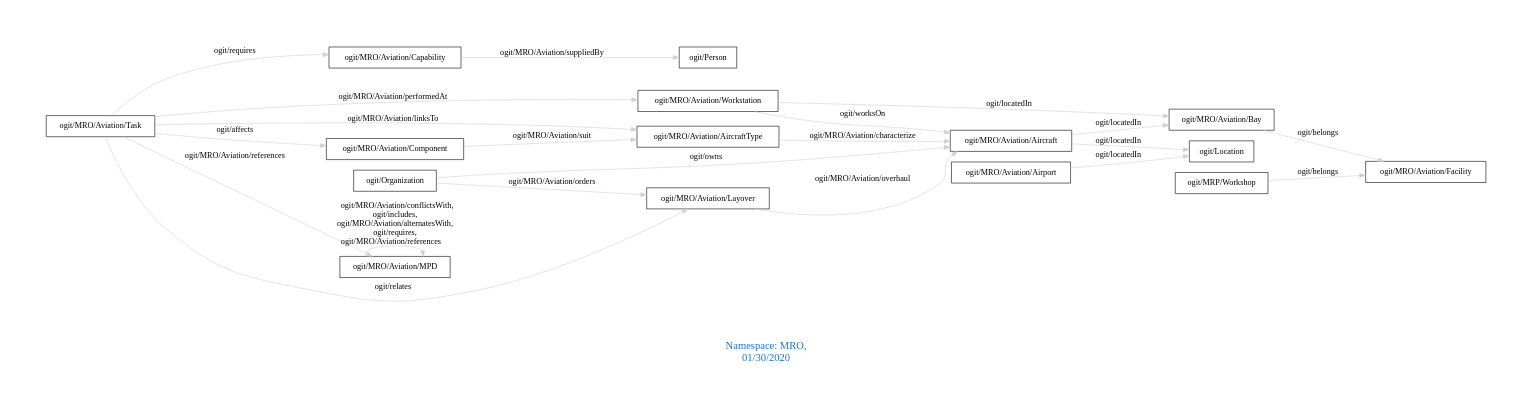
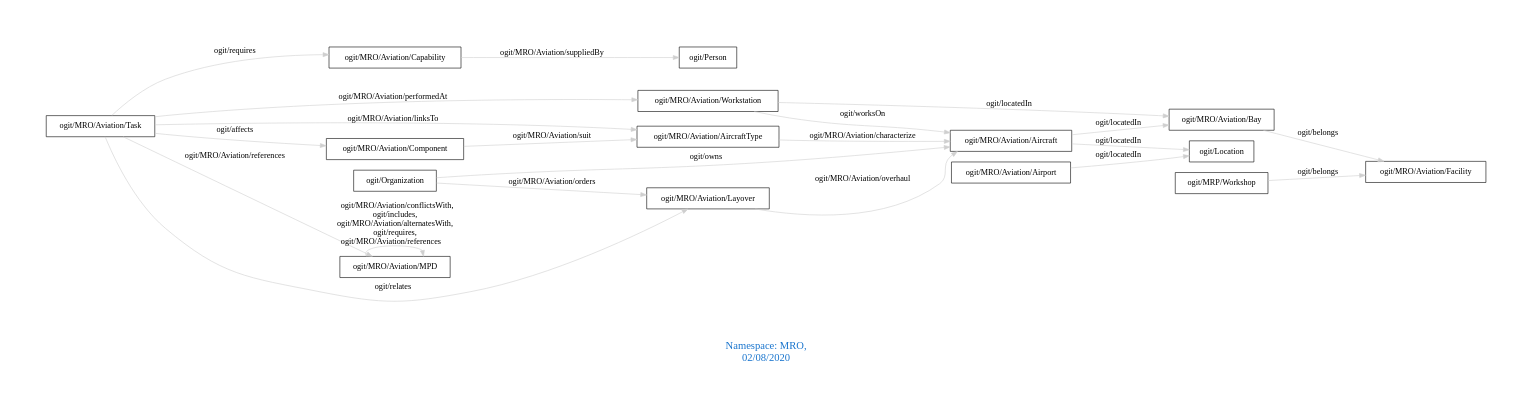
The diagram in downloads/MRO.dot (arago/OGIT), drawn with Graphviz before and after one commit. The commit also changed 1725 other files, not shown here.

```diff
--- a/downloads/MRO.dot
+++ b/downloads/MRO.dot
@@ -1,28 +1,28 @@
 digraph OGIT_ontology {
  graph [ rankdir= LR,pad=1 
 fontsize = 18,
-fontcolor= dodgerblue3,label = "\n\n\nNamespace: MRO, \n 01/30/2020"];
+fontcolor= dodgerblue3,label = "\n\n\nNamespace: MRO, \n 02/08/2020"];
 node[shape=polygon];
 edge [  color="gray81"];
 
    "ogit/MRO/Aviation/Capability" -> "ogit/Person" [label="   ogit/MRO/Aviation/suppliedBy    "];
    "ogit/MRO/Aviation/Workstation" -> "ogit/MRO/Aviation/Aircraft" [label="   ogit/worksOn    "];
    "ogit/MRO/Aviation/Task" -> "ogit/MRO/Aviation/AircraftType" [label="   ogit/MRO/Aviation/linksTo    "];
    "ogit/MRO/Aviation/Layover" -> "ogit/MRO/Aviation/Aircraft" [label="   ogit/MRO/Aviation/overhaul    "];
    "ogit/MRO/Aviation/Aircraft" -> "ogit/Location" [label="   ogit/locatedIn    "];
    "ogit/MRO/Aviation/Aircraft" -> "ogit/MRO/Aviation/Bay" [label="   ogit/locatedIn    "];
    "ogit/MRO/Aviation/Airport" -> "ogit/Location" [label="   ogit/locatedIn    "];
    "ogit/MRO/Aviation/Workstation" -> "ogit/MRO/Aviation/Bay" [label="   ogit/locatedIn    "];
    "ogit/MRO/Aviation/Task" -> "ogit/MRO/Aviation/Component" [label="   ogit/affects    "];
    "ogit/MRO/Aviation/AircraftType" -> "ogit/MRO/Aviation/Aircraft" [label="   ogit/MRO/Aviation/characterize    "];
    "ogit/MRO/Aviation/Task" -> "ogit/MRO/Aviation/Capability" [label="   ogit/requires    "];
    "ogit/Organization" -> "ogit/MRO/Aviation/Aircraft" [label="   ogit/owns    "];
    "ogit/MRO/Aviation/Task" -> "ogit/MRO/Aviation/Workstation" [label="   ogit/MRO/Aviation/performedAt    "];
    "ogit/MRO/Aviation/Bay" -> "ogit/MRO/Aviation/Facility" [label="   ogit/belongs    "];
    "ogit/MRP/Workshop" -> "ogit/MRO/Aviation/Facility" [label="   ogit/belongs    "];
    "ogit/MRO/Aviation/Task" -> "ogit/MRO/Aviation/MPD" [label="   ogit/MRO/Aviation/references    "];
    "ogit/MRO/Aviation/Component" -> "ogit/MRO/Aviation/AircraftType" [label="   ogit/MRO/Aviation/suit    "];
    "ogit/MRO/Aviation/Task" -> "ogit/MRO/Aviation/Layover" [label="   ogit/relates    "];
    "ogit/Organization" -> "ogit/MRO/Aviation/Layover" [label="   ogit/MRO/Aviation/orders    "];
    "ogit/MRO/Aviation/MPD" -> "ogit/MRO/Aviation/MPD" [label="   ogit/MRO/Aviation/conflictsWith, \n ogit/includes, \n ogit/MRO/Aviation/alternatesWith, \n ogit/requires, \n ogit/MRO/Aviation/references    "];
 }
```
